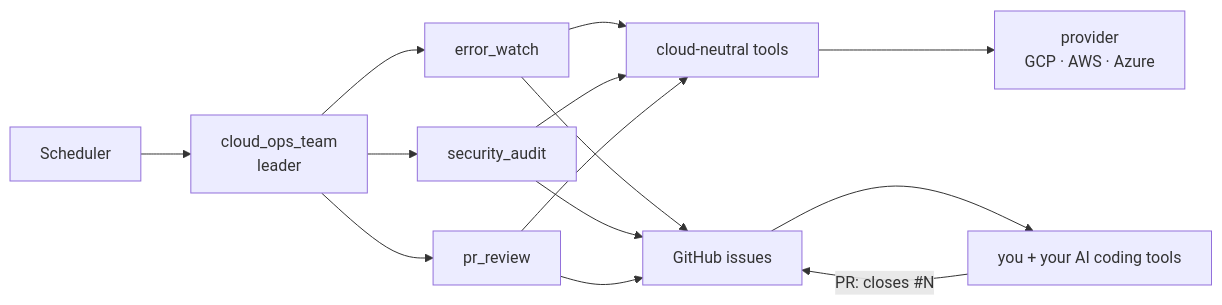
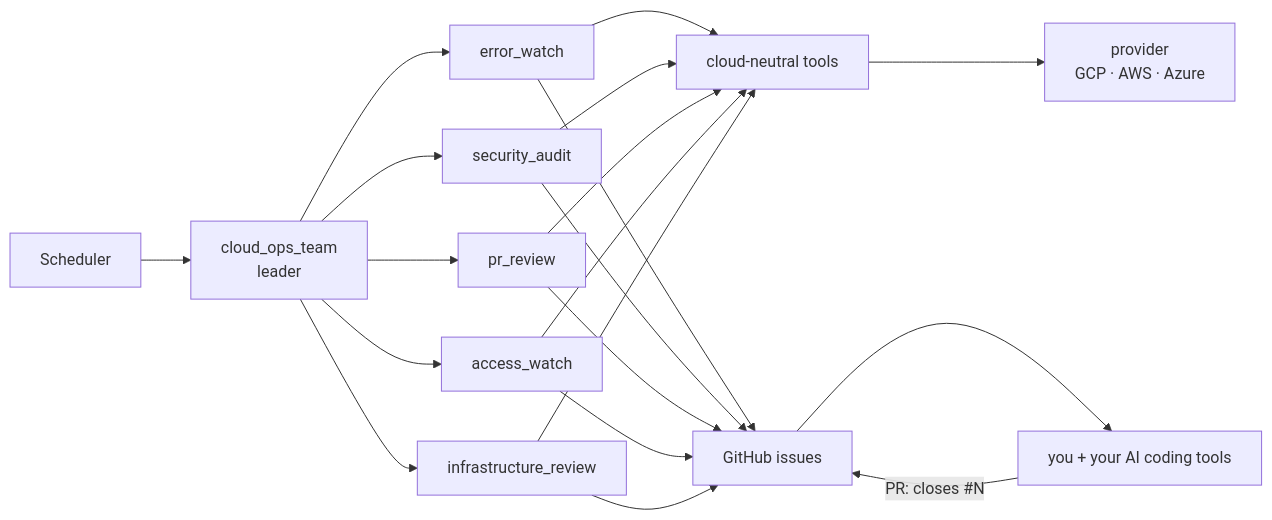
One commit to atsuki-sakai/cloud-ops-team changed the diagram in README.en.md. Above: the diagram before and after it, drawn with Mermaid. The commit also changed other lines of this file and 43 other files, not shown here.

Commit message:
feat: add read-only access and infrastructure review agents

````diff
--- a/README.en.md
+++ b/README.en.md
@@ -24,10 +30,10 @@
 ```mermaid
 flowchart LR
     SCH["Scheduler"] --> ROOT["cloud_ops_team<br/>leader"]
-    ROOT --> EW["error_watch"] & SA["security_audit"] & PR["pr_review"]
-    EW & SA & PR --> TOOLS["cloud-neutral tools"]
+    ROOT --> EW["error_watch"] & SA["security_audit"] & PR["pr_review"] & AW["access_watch"] & IR["infrastructure_review"]
+    EW & SA & PR & AW & IR --> TOOLS["cloud-neutral tools"]
     TOOLS --> PROV["provider<br/>GCP · AWS · Azure"]
-    EW & SA & PR --> GH["GitHub issues"]
+    EW & SA & PR & AW & IR --> GH["GitHub issues"]
     GH --> HUMAN["you + your AI coding tools"]
     HUMAN -- "PR: closes #N" --> GH
 ```
````
